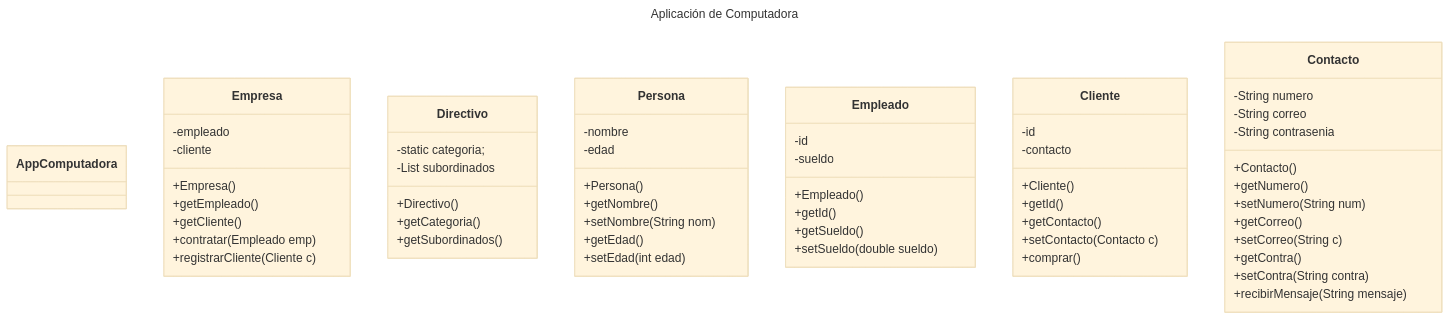
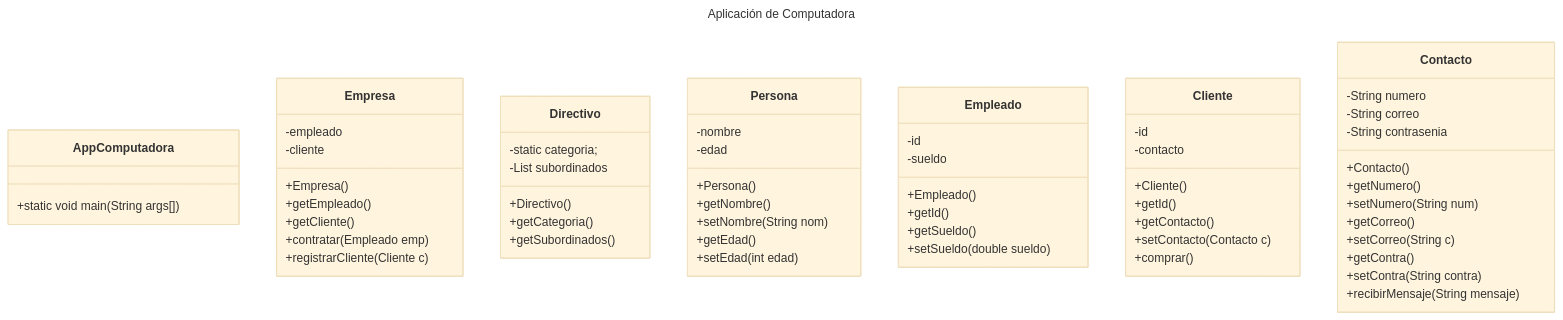
One commit to mauryci2/Jaime-Felix-POO-Base changed the diagram in README.md. Above: the diagram before and after it, drawn with Mermaid (base theme).

Commit message:
añadi el main al AppComputadora

````diff
--- a/README.md
+++ b/README.md
@@ -7,62 +7,64 @@
 ```mermaid
 ---
 title: Aplicación de Computadora
 ---
 classDiagram
-      class AppComputadora
+      class AppComputadora{
+            +static void main(String args[])
+      }
       class Empresa{
             -empleado
             -cliente
             +Empresa()
             +getEmpleado()
             +getCliente()
             +contratar(Empleado emp)
             +registrarCliente(Cliente c)
       }
       class Directivo{
             -static categoria;
             -List<Empleado> subordinados
             +Directivo()
             +getCategoria()
             +getSubordinados()
       }      
       class Persona{
             -nombre
             -edad
             +Persona()
             +getNombre()
             +setNombre(String nom)
             +getEdad()
             +setEdad(int edad)
       }
       class Empleado{
             -id
             -sueldo
              +Empleado()
             +getId()
             +getSueldo()
             +setSueldo(double sueldo)
       }
       class Cliente{
             -id
             -contacto
             +Cliente()
             +getId()
             +getContacto()
             +setContacto(Contacto c)
             +comprar()
       }
       class Contacto{
             -String numero
             -String correo
             -String contrasenia
             +Contacto()
             +getNumero()
             +setNumero(String num)
             +getCorreo()
             +setCorreo(String c)
             +getContra()
             +setContra(String contra)
             +recibirMensaje(String mensaje)
       }
 ```
````
